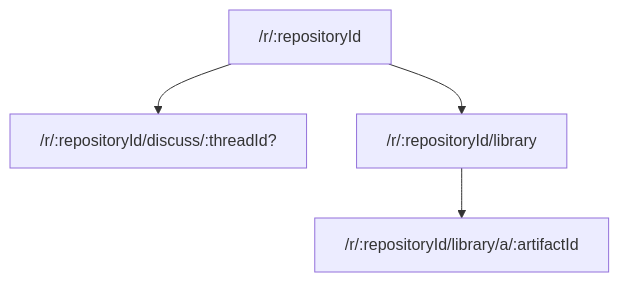
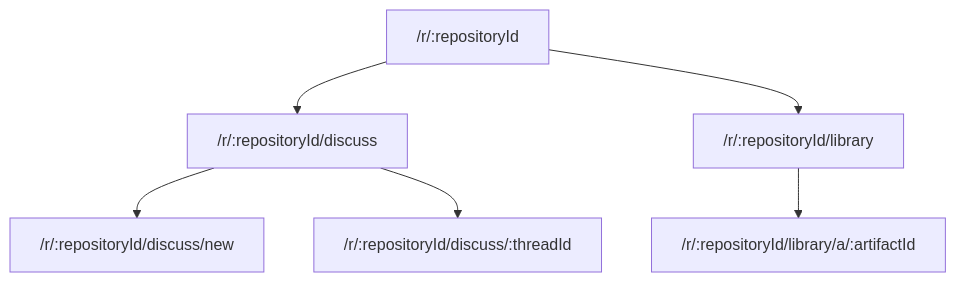
Before and after one commit to EricTsai83/systify: the first of 2 diagrams in docs/chat/service-modes-discuss-library-system-design.md, drawn with Mermaid. The commit also changed other lines of this file and 9 other files, not shown here.

First line of the commit message:
Add explicit discuss draft route and stale-thread guards

````diff
--- a/docs/chat/service-modes-discuss-library-system-design.md
+++ b/docs/chat/service-modes-discuss-library-system-design.md
@@ -18,11 +18,15 @@
 ```mermaid
 flowchart TD
   Repository["/r/:repositoryId"]
-  Discuss["/r/:repositoryId/discuss/:threadId?"]
+  DiscussLanding["/r/:repositoryId/discuss"]
+  DiscussDraft["/r/:repositoryId/discuss/new"]
+  DiscussThread["/r/:repositoryId/discuss/:threadId"]
   Library["/r/:repositoryId/library"]
   LibraryArtifact["/r/:repositoryId/library/a/:artifactId"]
 
-  Repository --> Discuss
+  Repository --> DiscussLanding
+  DiscussLanding --> DiscussDraft
+  DiscussLanding --> DiscussThread
   Repository --> Library
   Library --> LibraryArtifact
 ```
````
